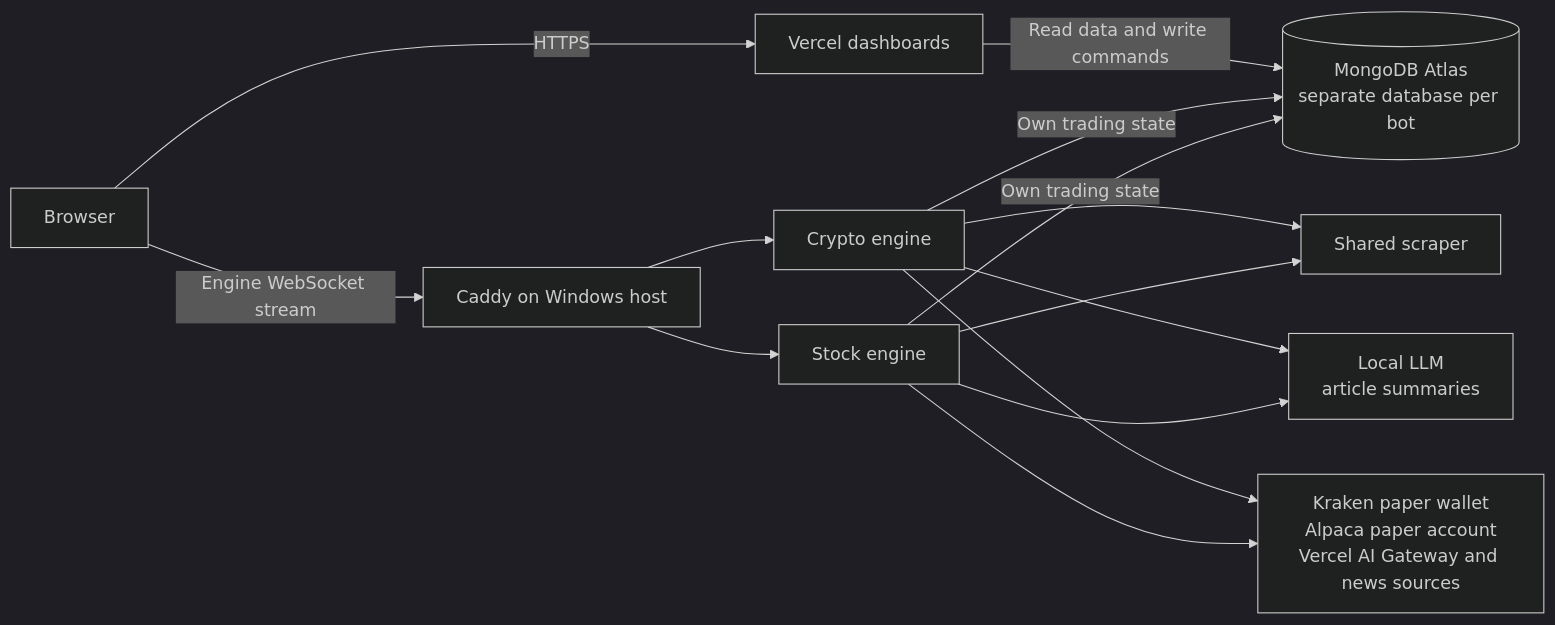
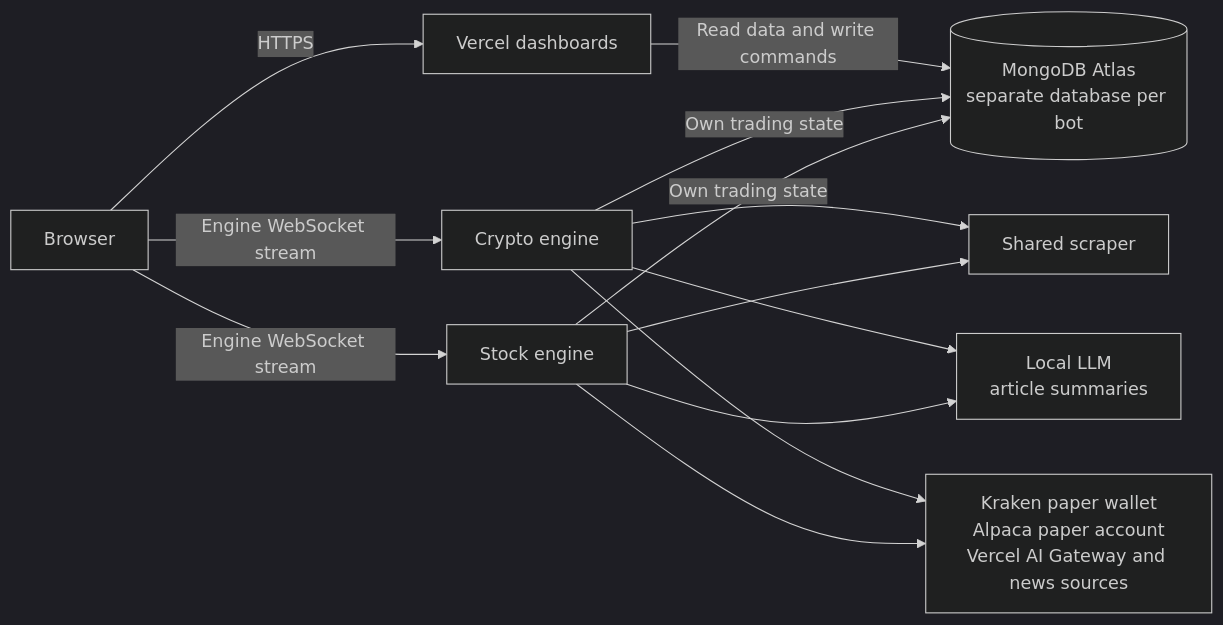
Before and after one commit to colinfran/marketbots: the diagram in README.md, drawn with Mermaid (dark theme).

````diff
--- a/README.md
+++ b/README.md
@@ -16,26 +16,24 @@
 ```mermaid
 flowchart LR
     browser[Browser]
     dashboards[Vercel dashboards]
-    caddy[Caddy on Windows host]
     crypto[Crypto engine]
     stock[Stock engine]
     atlas[(MongoDB Atlas<br/>separate database per bot)]
     scraper[Shared scraper]
     llm[Local LLM<br/>article summaries]
     services[Kraken paper wallet<br/>Alpaca paper account<br/>Vercel AI Gateway and news sources]
 
     browser -->|HTTPS| dashboards
     dashboards -->|Read data and write commands| atlas
-    browser -->|Engine WebSocket stream| caddy
-    caddy --> crypto
-    caddy --> stock
+    browser -->|Engine WebSocket stream| crypto
+    browser -->|Engine WebSocket stream| stock
     crypto -->|Own trading state| atlas
     stock -->|Own trading state| atlas
     crypto --> scraper
     stock --> scraper
     crypto --> llm
     stock --> llm
     crypto --> services
     stock --> services
 ```
````
